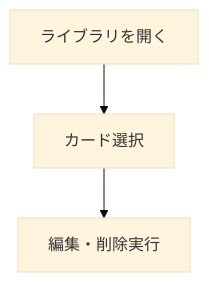
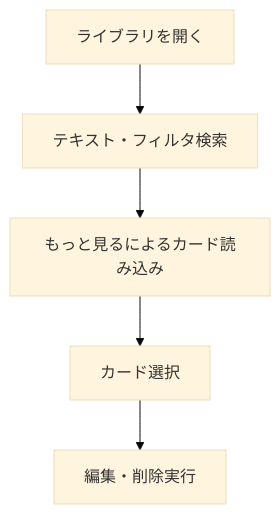
Before and after one commit to tmaeda11235/style-atelier: the fourth of 20 diagrams in memory-bank/userJourneys.md, drawn with Mermaid (base theme). The commit also changed other lines of this file and 10 other files, not shown here.

````diff
--- a/memory-bank/userJourneys.md
+++ b/memory-bank/userJourneys.md
@@ -89,8 +89,12 @@
 ```mermaid
 flowchart TD
   S1["ライブラリを開く"]
-  S2["カード選択"]
+  S2["テキスト・フィルタ検索"]
   S1 --> S2
-  S3["編集・削除実行"]
+  S3["もっと見るによるカード読み込み"]
   S2 --> S3
+  S4["カード選択"]
+  S3 --> S4
+  S5["編集・削除実行"]
+  S4 --> S5
 ```
````
